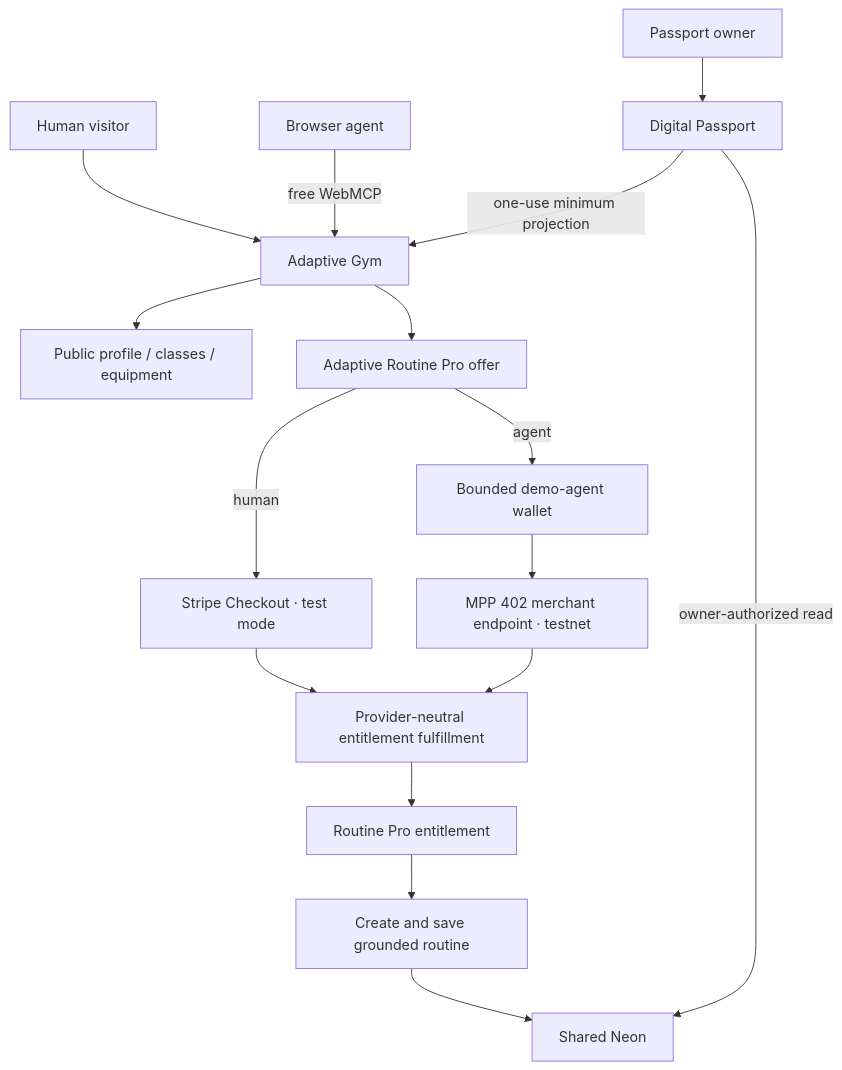
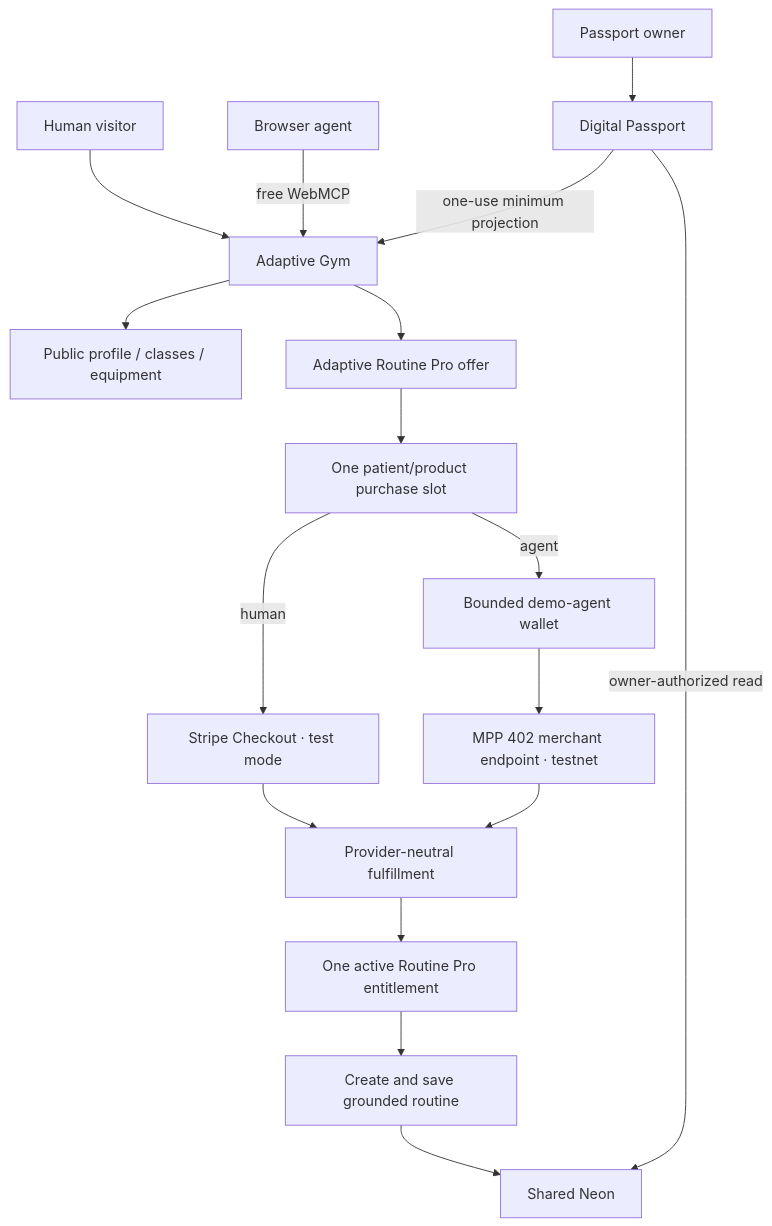
The diagram in docs/FIXES_AND_PAYMENT.md (AlexCo888/webmcp_adaptive_world), drawn with Mermaid before and after one commit. The commit also changed other lines of this file, not shown here.

Commit message:
docs: serialize Pro purchases and harden payment retries

````diff
--- a/docs/FIXES_AND_PAYMENT.md
+++ b/docs/FIXES_AND_PAYMENT.md
@@ -193,21 +194,22 @@
 ```mermaid
 flowchart TD
     V["Human visitor"] --> G["Adaptive Gym"]
     A["Browser agent"] -->|"free WebMCP"| G
     G --> C["Public profile / classes / equipment"]
 
     P["Passport owner"] --> PA["Digital Passport"]
     PA -->|"one-use minimum projection"| G
 
     G --> O["Adaptive Routine Pro offer"]
-    O -->|"human"| S["Stripe Checkout · test mode"]
-    O -->|"agent"| W["Bounded demo-agent wallet"]
+    O --> L["One patient/product purchase slot"]
+    L -->|"human"| S["Stripe Checkout · test mode"]
+    L -->|"agent"| W["Bounded demo-agent wallet"]
     W --> M["MPP 402 merchant endpoint · testnet"]
 
-    S --> F["Provider-neutral entitlement fulfillment"]
+    S --> F["Provider-neutral fulfillment"]
     M --> F
-    F --> E["Routine Pro entitlement"]
+    F --> E["One active Routine Pro entitlement"]
     E --> R["Create and save grounded routine"]
     R --> DB["Shared Neon"]
     PA -->|"owner-authorized read"| DB
 ```
````
